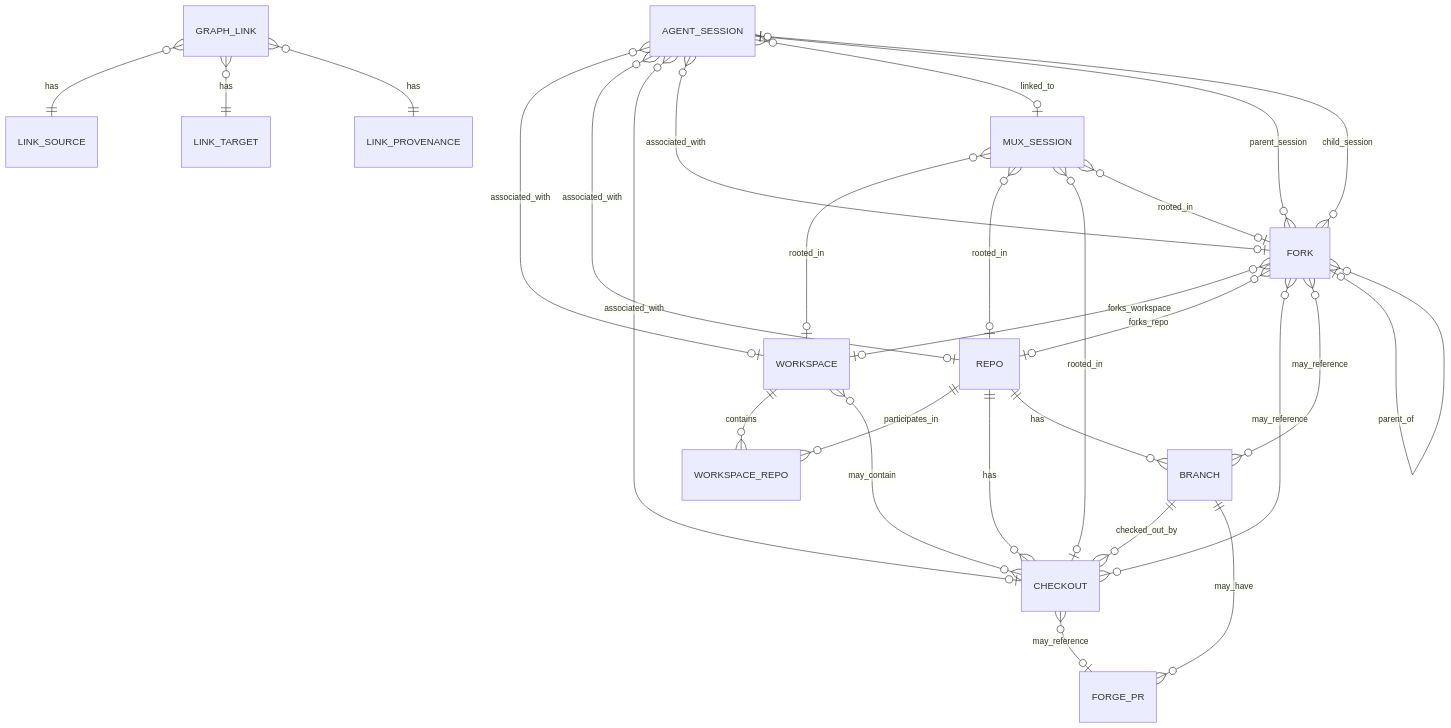
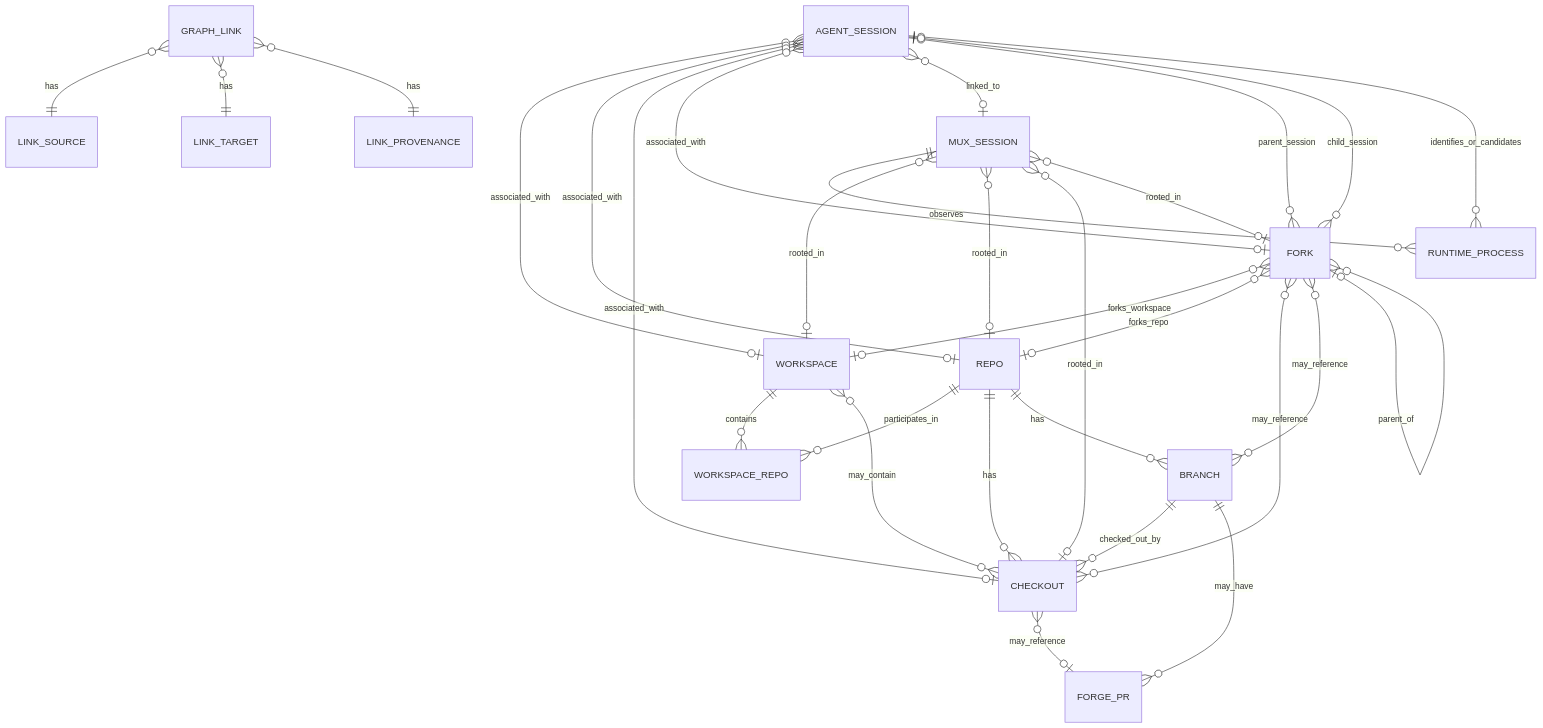
Before and after one commit to malloc47/conspectus: the diagram in docs/design.md, drawn with Mermaid. The commit also changed 5 other files, not shown here.

Commit message:
feat(muxproc): emit runtime process evidence

````diff
--- a/docs/design.md
+++ b/docs/design.md
@@ -186,34 +186,36 @@
 ```mermaid
 erDiagram
     WORKSPACE ||--o{ WORKSPACE_REPO : contains
     REPO ||--o{ WORKSPACE_REPO : participates_in
     REPO ||--o{ CHECKOUT : has
     REPO ||--o{ BRANCH : has
     BRANCH ||--o{ CHECKOUT : checked_out_by
     WORKSPACE }o--o{ CHECKOUT : may_contain
 
     AGENT_SESSION }o--o| WORKSPACE : associated_with
     AGENT_SESSION }o--o| REPO : associated_with
     AGENT_SESSION }o--o| CHECKOUT : associated_with
     AGENT_SESSION }o--o| FORK : associated_with
     AGENT_SESSION }o--o| MUX_SESSION : linked_to
+    MUX_SESSION ||--o{ RUNTIME_PROCESS : observes
+    RUNTIME_PROCESS }o--o| AGENT_SESSION : identifies_or_candidates
     MUX_SESSION }o--o| WORKSPACE : rooted_in
     MUX_SESSION }o--o| REPO : rooted_in
     MUX_SESSION }o--o| CHECKOUT : rooted_in
     MUX_SESSION }o--o| FORK : rooted_in
 
     FORK }o--o| WORKSPACE : forks_workspace
     FORK }o--o| REPO : forks_repo
     FORK }o--o{ CHECKOUT : may_reference
     FORK }o--o{ BRANCH : may_reference
     FORK }o--o| AGENT_SESSION : parent_session
     FORK }o--o| AGENT_SESSION : child_session
     FORK |o--o{ FORK : parent_of
 
     BRANCH ||--o{ FORGE_PR : may_have
     CHECKOUT }o--o| FORGE_PR : may_reference
 
     GRAPH_LINK }o--|| LINK_SOURCE : has
     GRAPH_LINK }o--|| LINK_TARGET : has
     GRAPH_LINK }o--|| LINK_PROVENANCE : has
 ```
````
